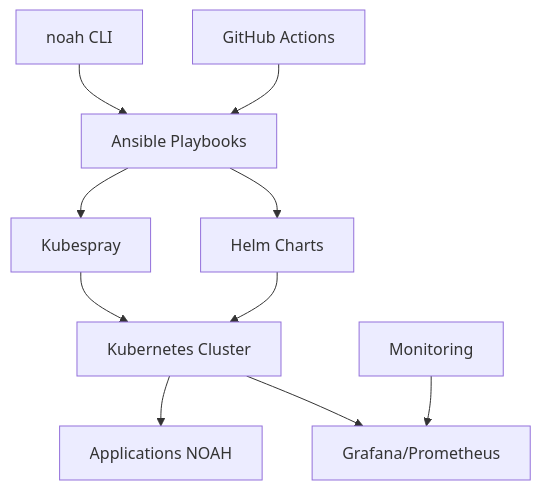
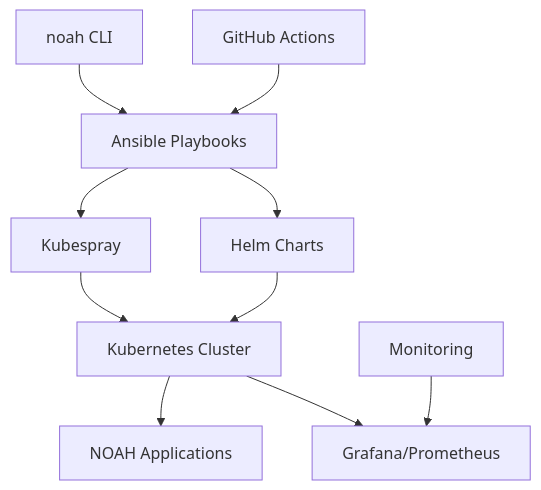
One commit to Engelnicolas/NOAH changed the diagram in docs/NOAH_CLI.md. Above: the diagram before and after it, drawn with Mermaid. The commit also changed other lines of this file and 5 other files, not shown here.

````diff
--- a/docs/NOAH_CLI.md
+++ b/docs/NOAH_CLI.md
@@ -67,13 +66,13 @@
 ```mermaid
 graph TB
     A[noah CLI] --> B[Ansible Playbooks]
     B --> C[Kubespray]
     B --> D[Helm Charts]
     C --> E[Kubernetes Cluster]
     D --> E
-    E --> F[Applications NOAH]
+    E --> F[NOAH Applications]
     
     G[GitHub Actions] --> B
     H[Monitoring] --> I[Grafana/Prometheus]
     E --> I
 ```
````
